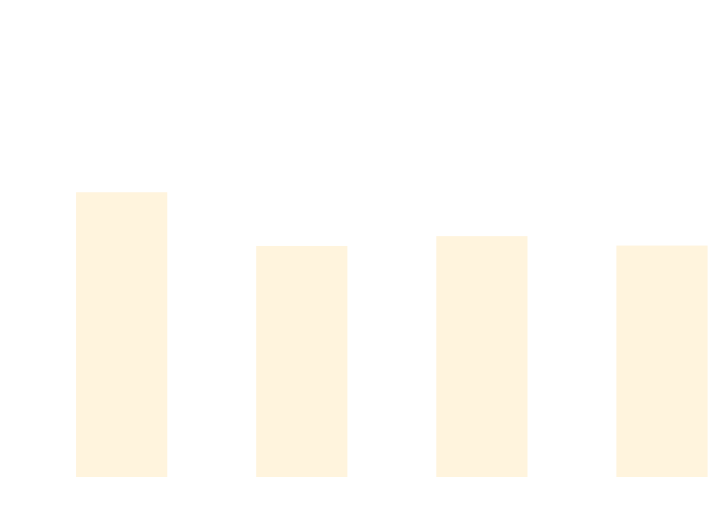
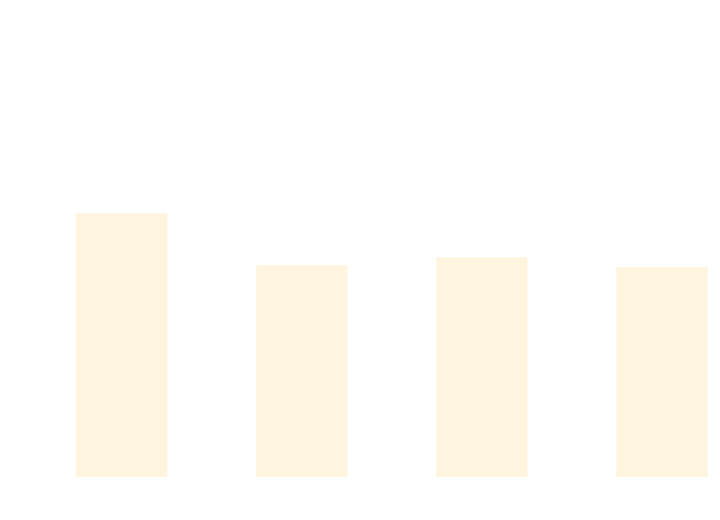
One commit to thomhurst/TUnit changed the diagram in docs/docs/benchmarks/BuildTime.md. Above: the diagram before and after it, drawn with Mermaid. The commit also changed other lines of this file and 17 other files, not shown here.

````diff
--- a/docs/docs/benchmarks/BuildTime.md
+++ b/docs/docs/benchmarks/BuildTime.md
@@ -28,37 +28,37 @@
 ```mermaid
 %%{init: {
   'theme':'base',
   'themeVariables': {
     'primaryColor': '#2563eb',
     'primaryTextColor': '#ffffff',
     'primaryBorderColor': '#1e40af',
     'lineColor': '#6b7280',
     'secondaryColor': '#7c3aed',
     'tertiaryColor': '#dc2626',
     'background': '#ffffff',
     'mainBkg': '#2563eb',
     'secondBkg': '#7c3aed',
     'tertiaryBkg': '#dc2626',
     'clusterBkg': '#f3f4f6',
     'edgeLabelBackground': '#ffffff',
     'tertiaryTextColor': '#1f2937',
     'pie1': '#2563eb',
     'pie2': '#7c3aed',
     'pie3': '#dc2626',
     'pie4': '#f59e0b',
     'pie5': '#10b981',
     'pie6': '#06b6d4',
     'pie7': '#ec4899',
     'pie8': '#6366f1',
     'pie9': '#84cc16',
     'pie10': '#f97316',
     'pie11': '#14b8a6',
     'pie12': '#a855f7'
   }
 }}%%
 xychart-beta
   title "Build Time Comparison"
   x-axis ["Build_TUnit", "Build_NUnit", "Build_MSTest", "Build_xUnit3"]
   y-axis "Time (s)" 0 --> 3
-  bar [2.03, 1.636, 1.708, 1.639]
+  bar [1.876, 1.497, 1.554, 1.48]
 ```
````
